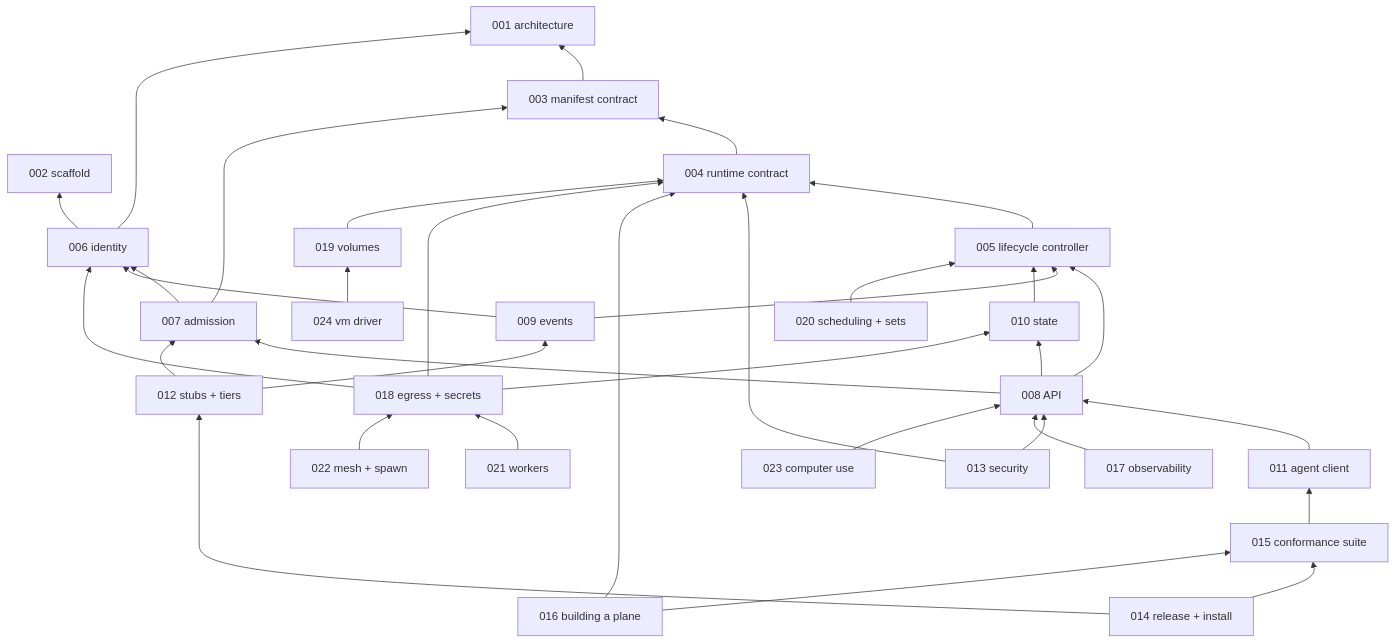
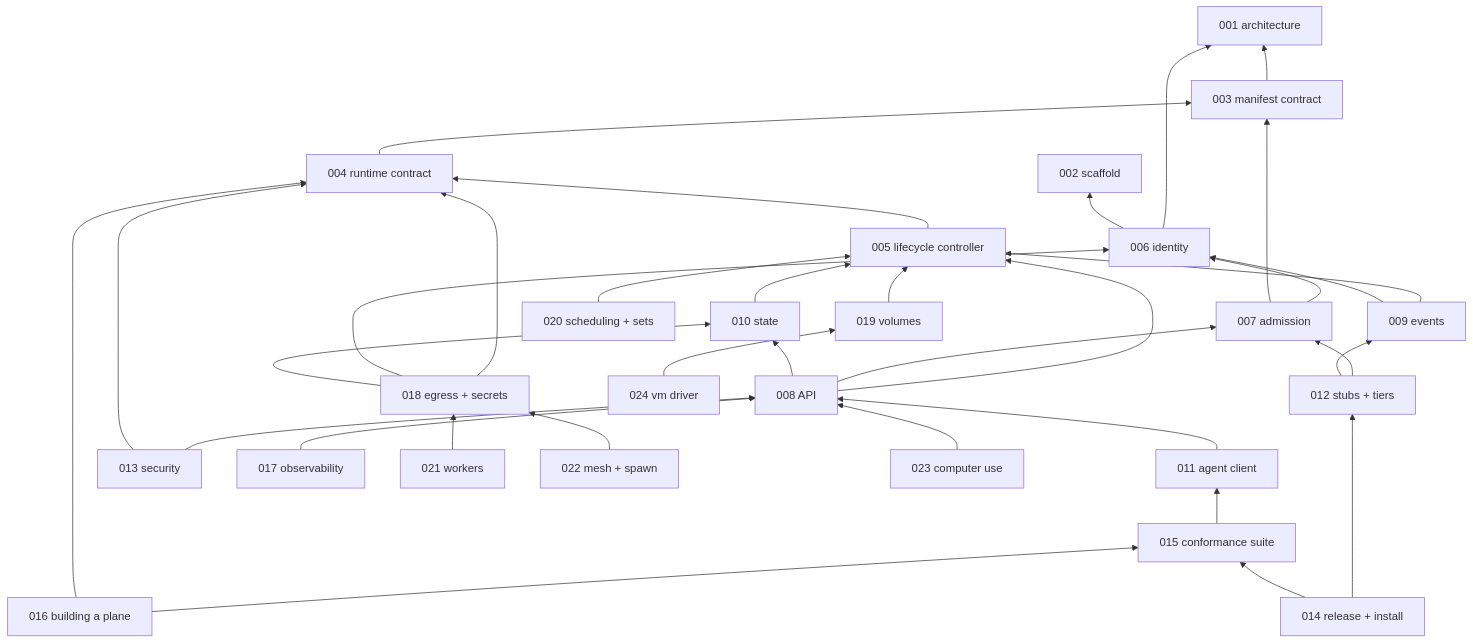
Before and after one commit to latere-ai/cella: the second of 2 diagrams in specs/README.md, drawn with Mermaid. The commit also changed other lines of this file and 9 other files, not shown here.

````diff
--- a/specs/README.md
+++ b/specs/README.md
@@ -82,60 +82,60 @@
 ```mermaid
 flowchart BT
   S001[001 architecture]
   S002[002 scaffold]
   S003[003 manifest contract]
   S004[004 runtime contract]
   S005[005 lifecycle controller]
   S006[006 identity]
   S007[007 admission]
   S008[008 API]
   S009[009 events]
   S010[010 state]
   S011[011 agent client]
   S012[012 stubs + tiers]
   S013[013 security]
   S014[014 release + install]
   S015[015 conformance suite]
   S016[016 building a plane]
   S017[017 observability]
   S018[018 egress + secrets]
   S019[019 volumes]
   S020[020 scheduling + sets]
   S021[021 workers]
   S022[022 mesh + spawn]
   S023[023 computer use]
   S024[024 vm driver]
   S003 --> S001
   S004 --> S003
   S005 --> S004
   S006 --> S001
   S006 --> S002
   S007 --> S006
   S007 --> S003
   S008 --> S005
   S008 --> S007
   S008 --> S010
   S009 --> S005
   S009 --> S006
   S010 --> S005
   S011 --> S008
   S012 --> S007
   S012 --> S009
   S013 --> S008
   S013 --> S004
   S014 --> S012
   S014 --> S015
   S015 --> S011
   S016 --> S015
   S016 --> S004
   S017 --> S008
   S018 --> S004
   S018 --> S006
   S018 --> S010
-  S019 --> S004
+  S019 --> S005
   S020 --> S005
   S021 --> S018
   S022 --> S018
   S023 --> S008
   S024 --> S019
 ```
````
